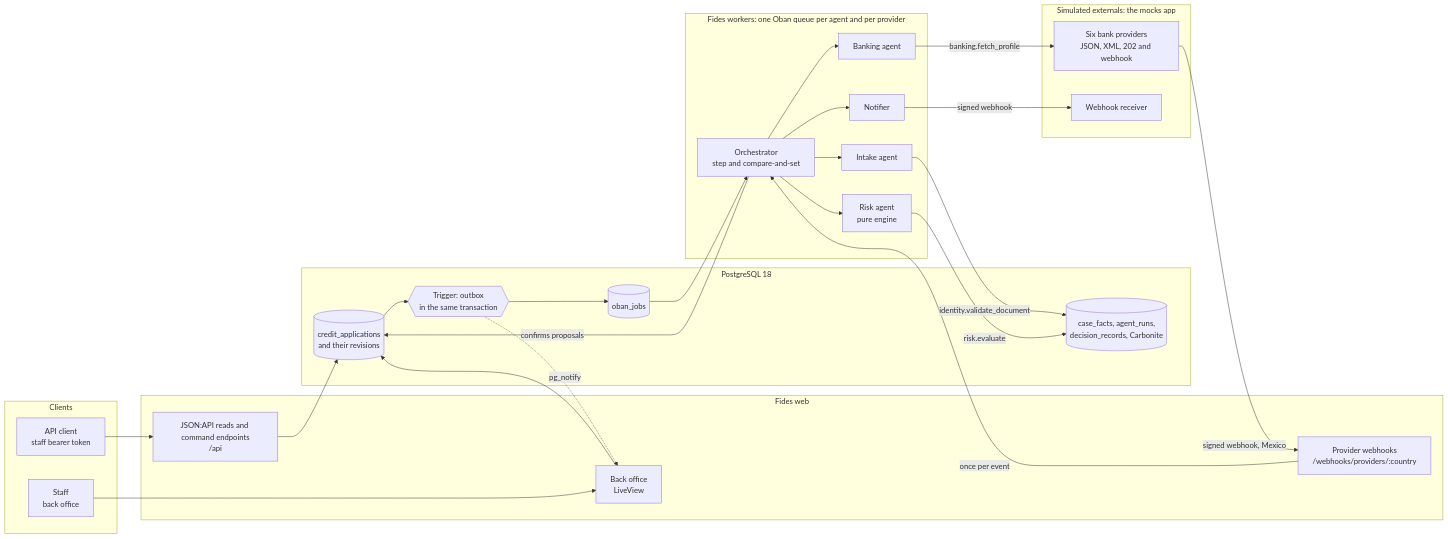
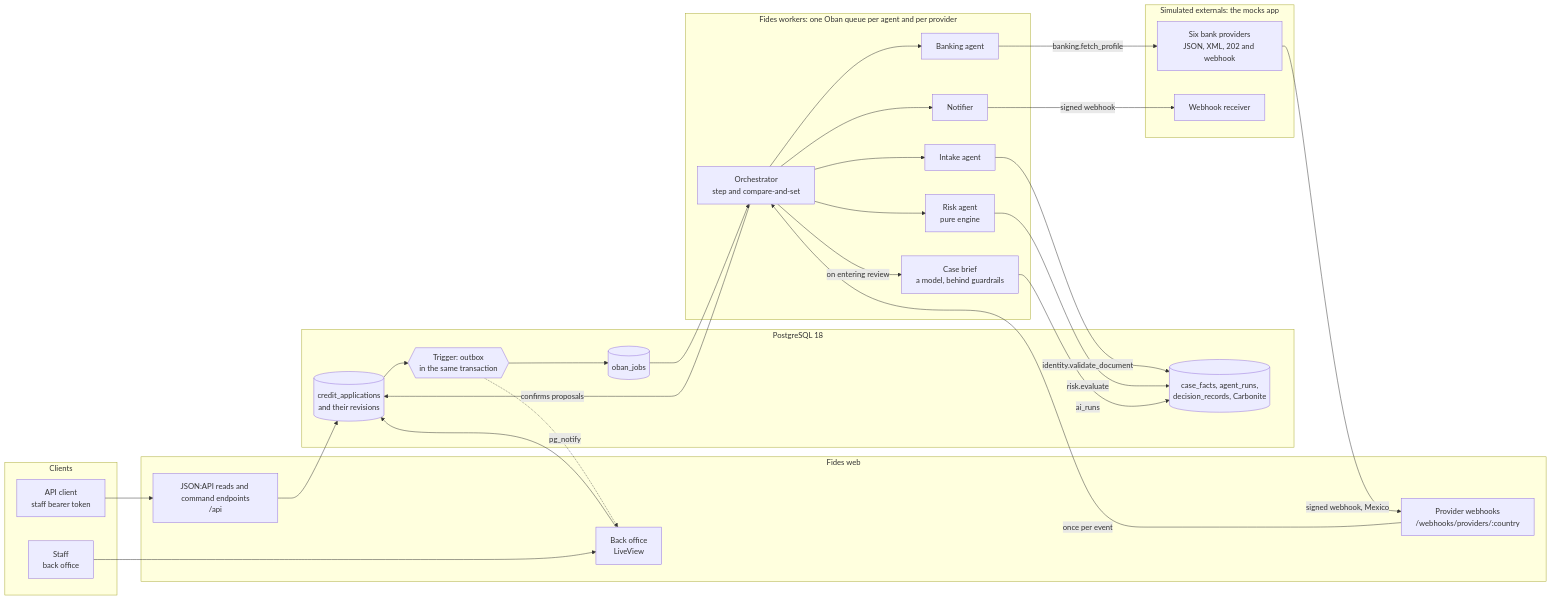
One commit to ruben44bac/fides changed the first of 3 diagrams in README.md. Above: the diagram before and after it, drawn with Mermaid. The commit also changed other lines of this file and 53 other files, not shown here.

````diff
--- a/README.md
+++ b/README.md
@@ -136,44 +139,47 @@
 ```mermaid
 flowchart LR
   subgraph clients["Clients"]
     api_client["API client<br/>staff bearer token"]
     staff["Staff<br/>back office"]
   end
   subgraph web["Fides web"]
     rest["JSON:API reads and command endpoints<br/>/api"]
     bo["Back office<br/>LiveView"]
     hook_in["Provider webhooks<br/>/webhooks/providers/:country"]
   end
   subgraph db["PostgreSQL 18"]
     apps[("credit_applications<br/>and their revisions")]
     trigger{{"Trigger: outbox<br/>in the same transaction"}}
     jobs[("oban_jobs")]
     memory[("case_facts, agent_runs,<br/>decision_records, Carbonite")]
   end
   subgraph workers["Fides workers: one Oban queue per agent and per provider"]
     step["Orchestrator<br/>step and compare-and-set"]
     intake["Intake agent"]
     banking["Banking agent"]
     risk["Risk agent<br/>pure engine"]
     notifier["Notifier"]
+    brief["Case brief<br/>a model, behind guardrails"]
   end
   subgraph external["Simulated externals: the mocks app"]
     providers["Six bank providers<br/>JSON, XML, 202 and webhook"]
     receiver["Webhook receiver"]
   end
   api_client --> rest
   staff --> bo
   rest --> apps
   bo --> apps
   apps --> trigger --> jobs
   trigger -. pg_notify .-> bo
   jobs --> step
   step --> intake & banking & risk & notifier
   intake -- "identity.validate_document" --> memory
   banking -- "banking.fetch_profile" --> providers
   providers -- "signed webhook, Mexico" --> hook_in
   hook_in -- "once per event" --> step
   risk -- "risk.evaluate" --> memory
   step -- "confirms proposals" --> apps
   notifier -- "signed webhook" --> receiver
+  step -- "on entering review" --> brief
+  brief -- "ai_runs" --> memory
 ```
````
